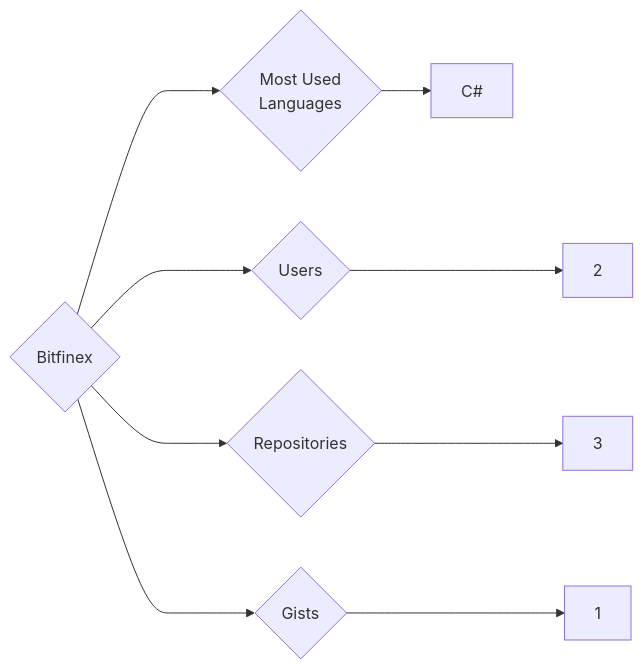
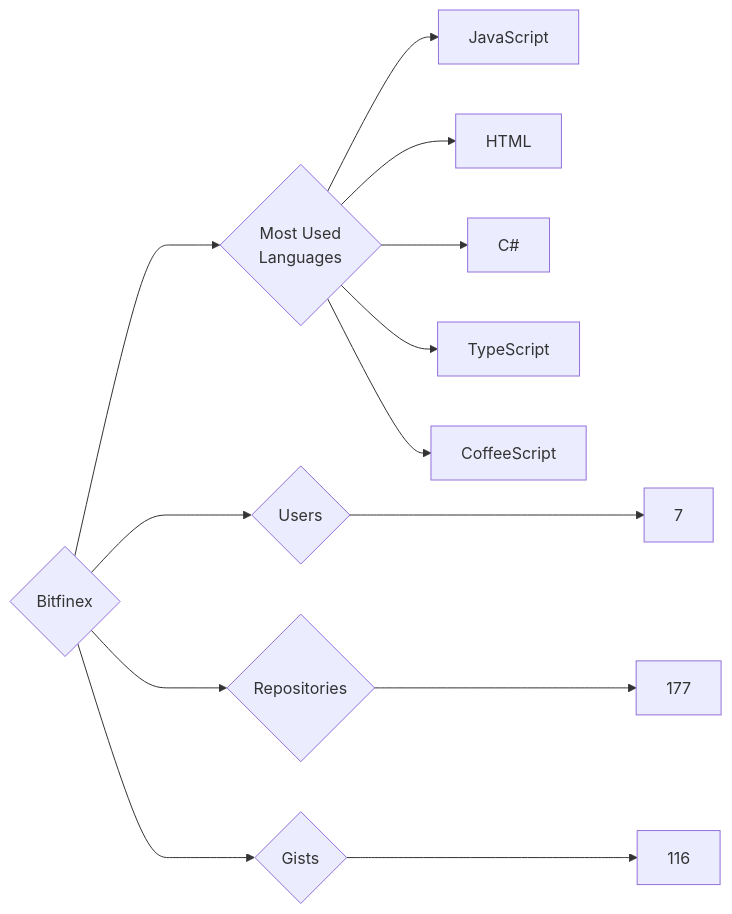
Before and after one commit to trickest/insiders: the diagram in targets/Bitfinex/README.md, drawn with Mermaid. The commit also changed 1166 other files, not shown here.

````diff
--- a/targets/Bitfinex/README.md
+++ b/targets/Bitfinex/README.md
@@ -3,9 +3,13 @@
 ```mermaid
 graph LR
 COMPANY_NAME{Bitfinex}
-COMPANY_NAME ---> U{Users} ---> UN[2]
-COMPANY_NAME ---> R{Repositories} ---> RN[3]
-COMPANY_NAME ---> G{Gists} ---> GN[1]
+COMPANY_NAME ---> U{Users} ---> UN[7]
+COMPANY_NAME ---> R{Repositories} ---> RN[177]
+COMPANY_NAME ---> G{Gists} ---> GN[116]
 COMPANY_NAME ---> ML{Most Used<br>Languages}
+ML --> JavaScript[JavaScript]
+ML --> HTML[HTML]
 ML --> C#[C#]
+ML --> TypeScript[TypeScript]
+ML --> CoffeeScript[CoffeeScript]
 ```
````
